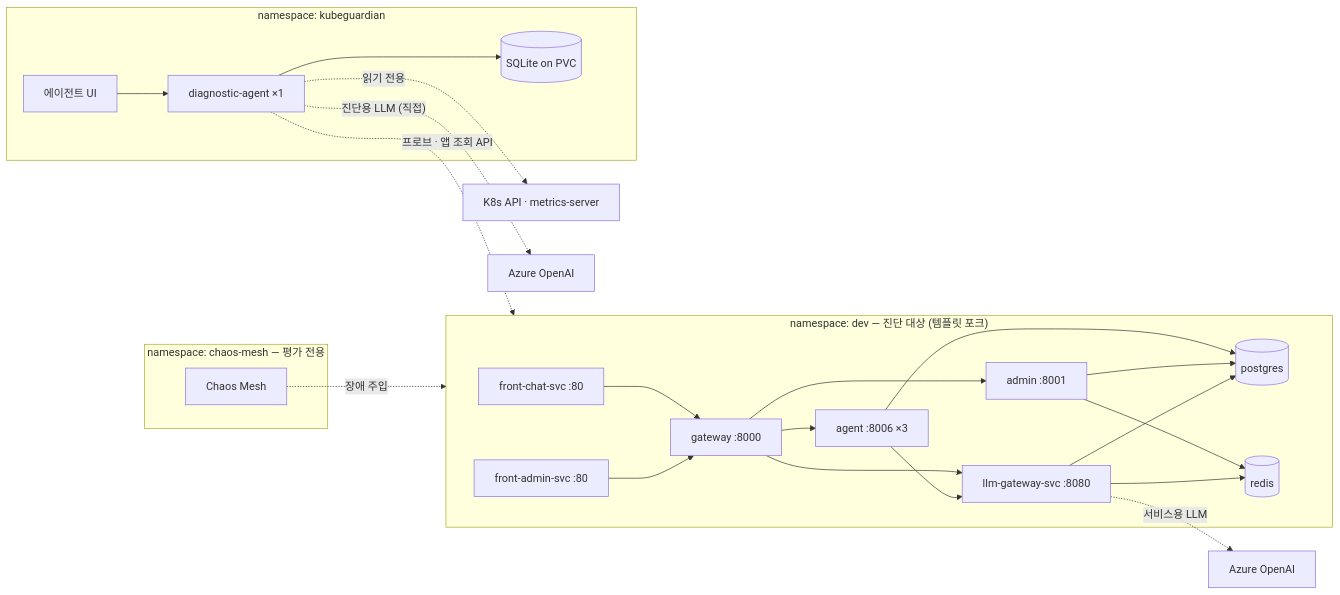
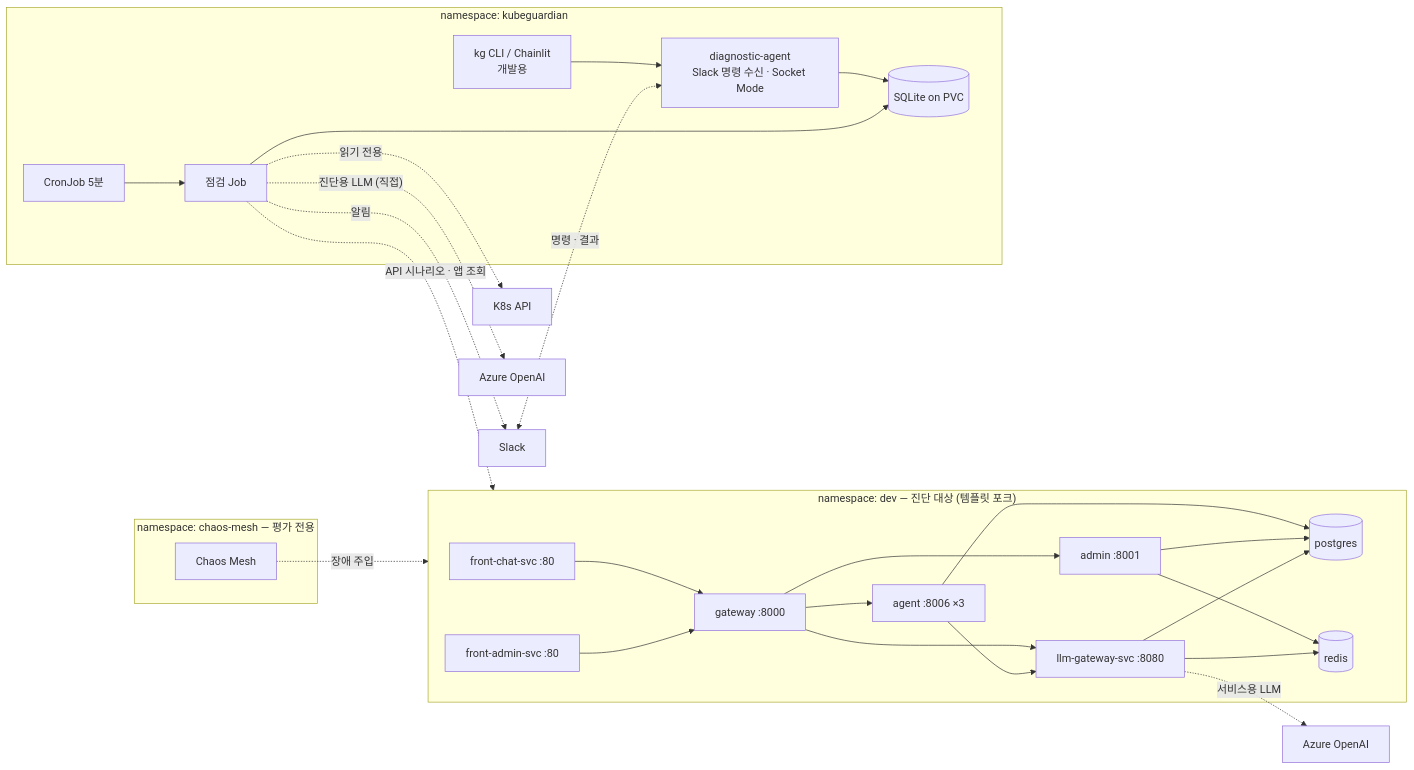
Before and after one commit to skax-jihyeryu/KubeGuardian: the second of 3 diagrams in docs/01-project-proposal.md, drawn with Mermaid. The commit also changed other lines of this file and 11 other files, not shown here.

````diff
--- a/docs/01-project-proposal.md
+++ b/docs/01-project-proposal.md
@@ -183,28 +160,32 @@
 ```mermaid
 flowchart LR
     subgraph ns_dev["namespace: dev — 진단 대상 (템플릿 포크)"]
         FC[front-chat-svc :80] --> GW[gateway :8000]
         FA[front-admin-svc :80] --> GW
         GW --> AG[agent :8006 ×3]
         GW --> AD[admin :8001]
         GW --> LG[llm-gateway-svc :8080]
         AG --> LG
         AG --> PG[(postgres)]
         AD --> PG
         AD --> RD[(redis)]
         LG --> PG
         LG --> RD
     end
     LG -. 서비스용 LLM .-> AOAI1[Azure OpenAI]
     subgraph ns_kg[namespace: kubeguardian]
-        UI[에이전트 UI] --> DA[diagnostic-agent ×1]
-        DA --> ST[(SQLite on PVC)]
+        CJ[CronJob 5분] --> JOB[점검 Job]
+        DA[diagnostic-agent<br/>Slack 명령 수신 · Socket Mode] --> ST
+        CLI[kg CLI / Chainlit<br/>개발용] --> DA
+        JOB --> ST[(SQLite on PVC)]
     end
-    DA -. 읽기 전용 .-> K8S[K8s API · metrics-server]
-    DA -. 프로브 · 앱 조회 API .-> ns_dev
-    DA -. 진단용 LLM (직접) .-> AOAI2[Azure OpenAI]
+    JOB -. 읽기 전용 .-> K8S[K8s API]
+    JOB -. API 시나리오 · 앱 조회 .-> ns_dev
+    JOB -. 진단용 LLM (직접) .-> AOAI2[Azure OpenAI]
+    JOB -. 알림 .-> SLACK[Slack]
+    SLACK <-. 명령 · 결과 .-> DA
     subgraph ns_chaos[namespace: chaos-mesh — 평가 전용]
         CM[Chaos Mesh]
     end
     CM -. 장애 주입 .-> ns_dev
 ```
````
